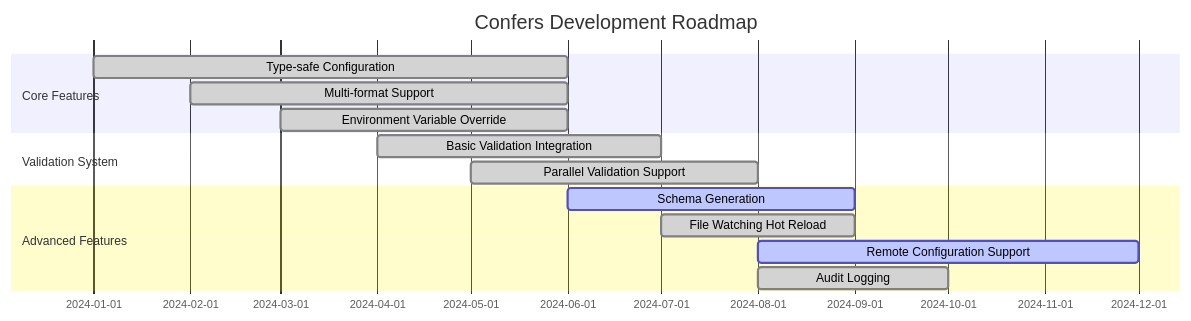
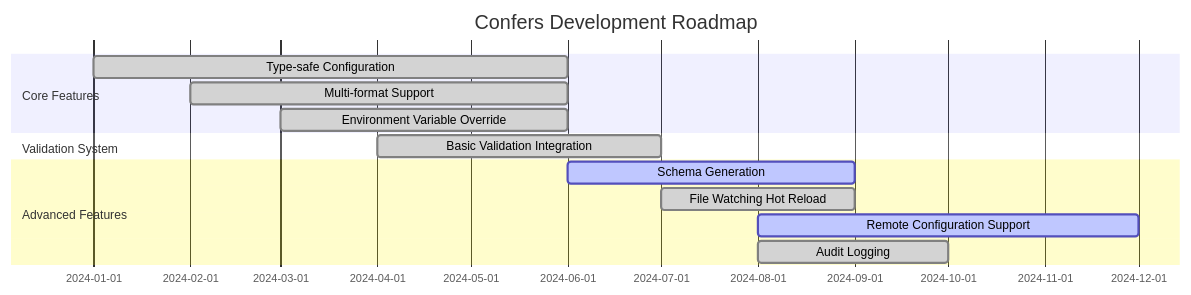
Before and after one commit to Kirky-X/confers: the third of 3 diagrams in README.md, drawn with Mermaid. The commit also changed other lines of this file and 1 other file, not shown here.

````diff
--- a/README.md
+++ b/README.md
@@ -1024,17 +1007,16 @@
 ```mermaid
 gantt
     title Confers Development Roadmap
     dateFormat  YYYY-MM
     section Core Features
     Type-safe Configuration     :done, 2024-01, 2024-06
     Multi-format Support       :done, 2024-02, 2024-06
     Environment Variable Override     :done, 2024-03, 2024-06
     section Validation System
     Basic Validation Integration     :done, 2024-04, 2024-07
-    Parallel Validation Support     :done, 2024-05, 2024-08
     section Advanced Features
     Schema Generation      :active, 2024-06, 2024-09
     File Watching Hot Reload   :done, 2024-07, 2024-09
     Remote Configuration Support     :active, 2024-08, 2024-12
     Audit Logging         :done, 2024-08, 2024-10
 ```
````
